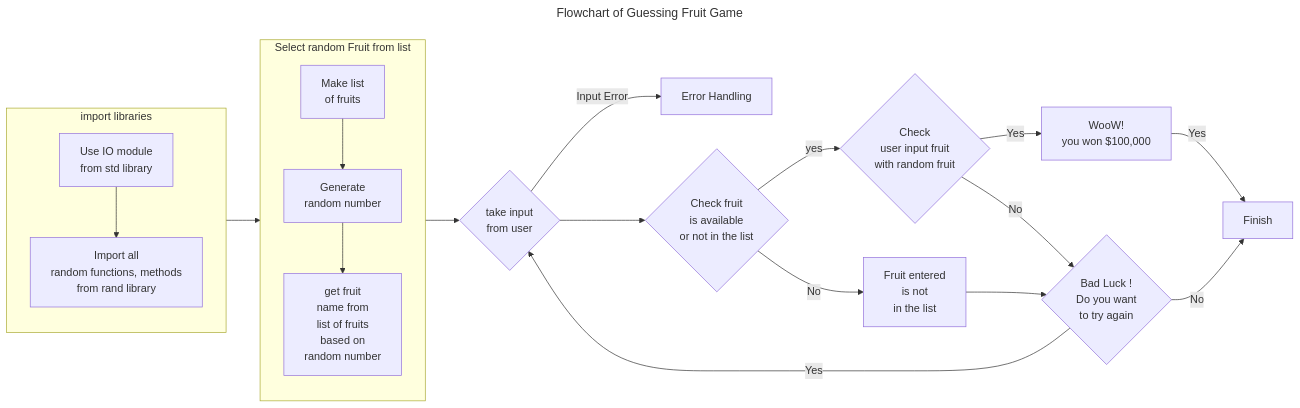
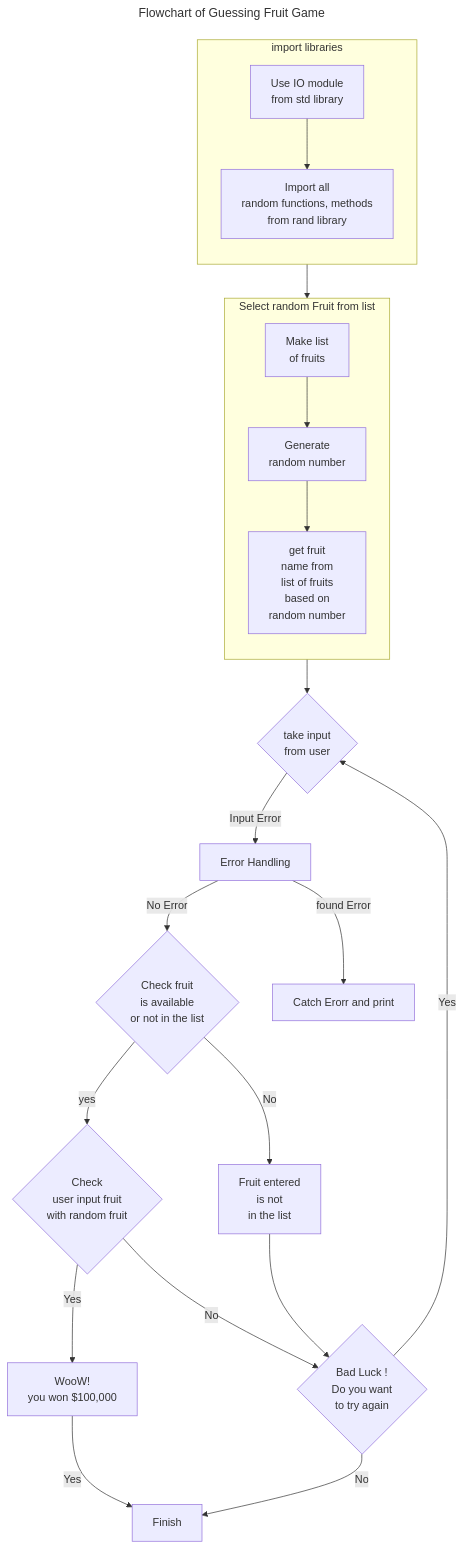
One commit to Kalpa-Ranjan/rust_guessing_game changed the first of 2 diagrams in README.md. Above: the diagram before and after it, drawn with Mermaid. The commit also changed other lines of this file, not shown here.

Commit message:
Update README.md v0.06

````diff
--- a/README.md
+++ b/README.md
@@ -5,80 +5,80 @@
 ```mermaid
 ---
 title: Flowchart of Guessing Fruit Game
 ---
-flowchart LR
+flowchart TB
     subgraph import[import libraries]
     direction TB
     std[Use IO module
     from std library]
 
     rand[Import all 
     random functions, methods
      from rand library]
     end
     std --> rand
 
     subgraph select[Select random Fruit from list]
     direction TB
 
     fruitslist[Make list
     of fruits]
 
     randNo[Generate
     random number]
 
     randomfruit[get fruit
     name from 
     list of fruits 
     based on
     random number
     ]
     end
 
     fruitslist --> randNo --> randomfruit
     
     inputfromuser{take input
     from user}
 
 
 
     errorHandling[Error Handling]
 
     check{Check 
     user input fruit
     with random fruit}
 
     Checkfruit{Check fruit 
     is available 
     or not in the list}
 
     Nofruitavailable[Fruit entered
      is not 
      in the list]
 
     Yesfruitavailable[WooW!
     you won $100,000]
 
     Finish[Finish]
 
     tryagain{Bad Luck !
     Do you want 
     to try again}
 
 
 
-    import --> select --> inputfromuser --Input Error --> errorHandling 
+    import --> select --> inputfromuser --Input Error --> errorHandling --No Error --> Checkfruit
 
-    inputfromuser -->Checkfruit
+    errorHandling --found Error --> catherrorprint[Catch Erorr and print]
 
     Checkfruit -- yes --> check --Yes --> Yesfruitavailable --Yes --> Finish
 
     check -- No --> tryagain
     Checkfruit -- No --> Nofruitavailable --> tryagain
 
     tryagain -- No --> Finish
 
     tryagain -- Yes --> inputfromuser
 
 
 ```
````
